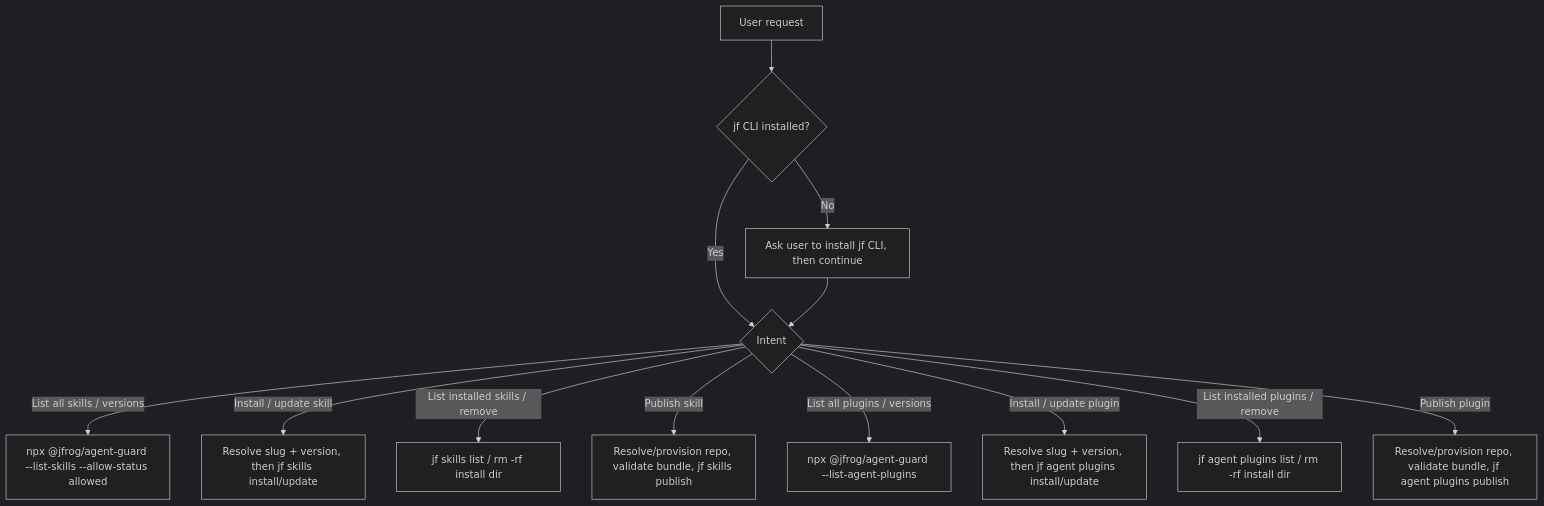
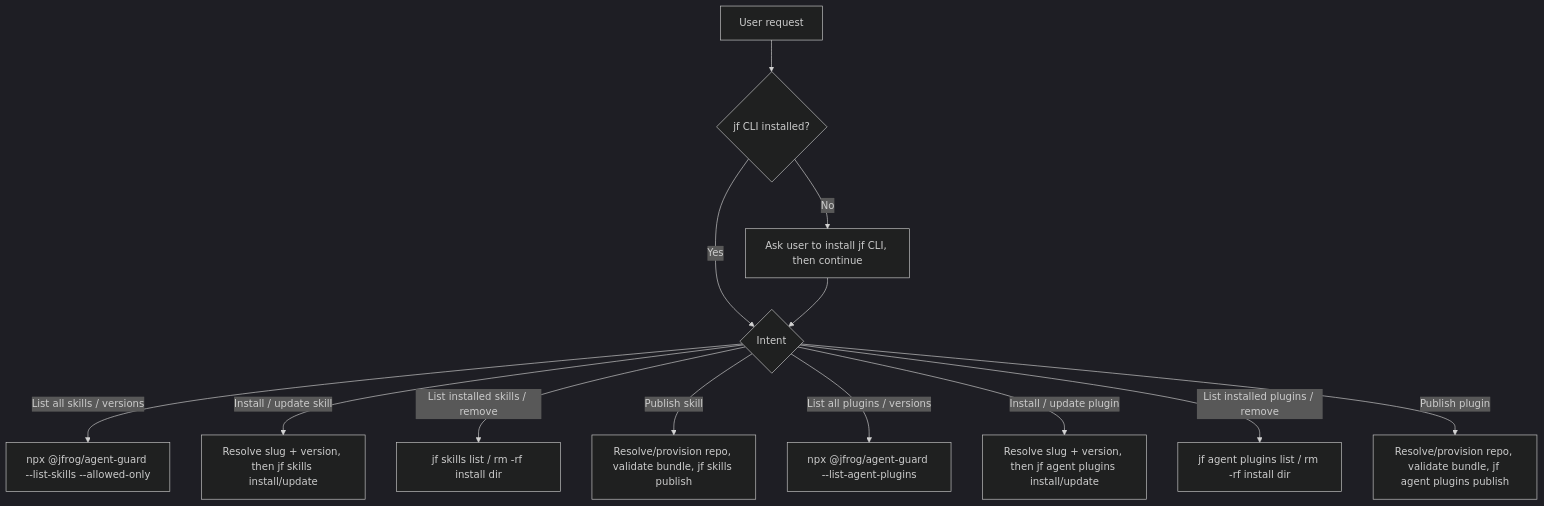
The diagram in skills/jfrog-ai-catalog/SKILL.md (jfrog/claude-plugin), drawn with Mermaid (dark theme) before and after one commit. The commit also changed other lines of this file and 2 other files, not shown here.

First line of the commit message:
MLAI-1309: switch skill docs to the boolean --allowed-only flag

````diff
--- a/skills/jfrog-ai-catalog/SKILL.md
+++ b/skills/jfrog-ai-catalog/SKILL.md
@@ -94,15 +94,15 @@
 ```mermaid
 flowchart TD
     A[User request] --> B{jf CLI installed?}
     B -->|No| C[Ask user to install jf CLI, then continue]
     B -->|Yes| D{Intent}
     C --> D
-    D -->|List all skills / versions| E[npx @jfrog/agent-guard --list-skills --allow-status allowed]
+    D -->|List all skills / versions| E[npx @jfrog/agent-guard --list-skills --allowed-only]
     D -->|Install / update skill| F[Resolve slug + version, then jf skills install/update]
     D -->|List installed skills / remove| G[jf skills list / rm -rf install dir]
     D -->|Publish skill| H[Resolve/provision repo, validate bundle, jf skills publish]
     D -->|List all plugins / versions| I[npx @jfrog/agent-guard --list-agent-plugins]
     D -->|Install / update plugin| J[Resolve slug + version, then jf agent plugins install/update]
     D -->|List installed plugins / remove| K[jf agent plugins list / rm -rf install dir]
     D -->|Publish plugin| L[Resolve/provision repo, validate bundle, jf agent plugins publish]
 ```
````
